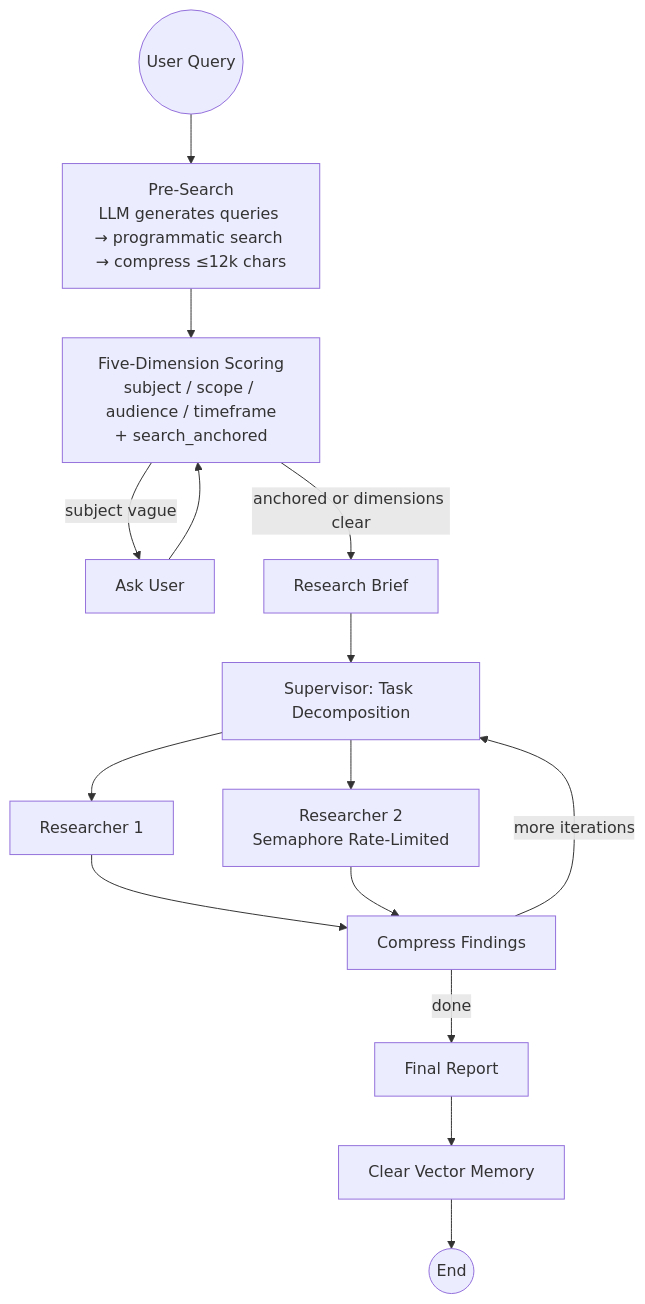
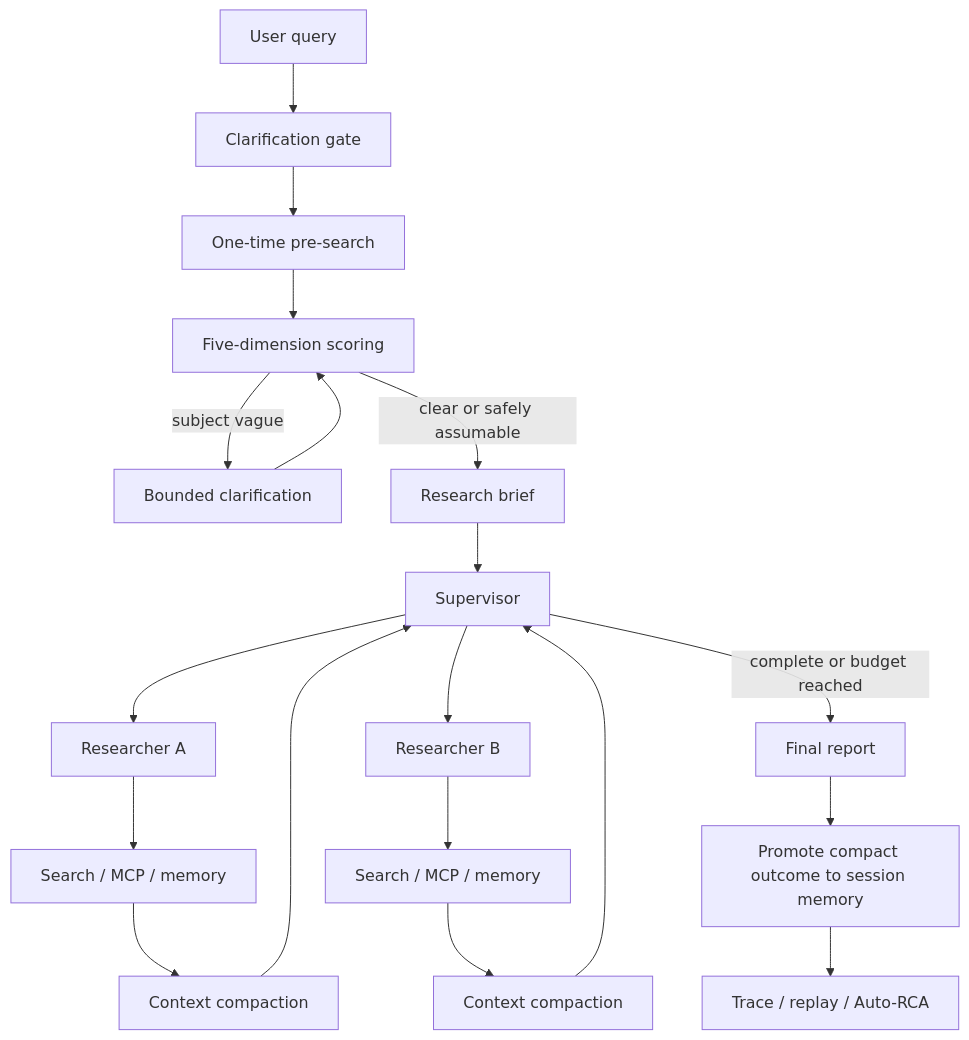
One commit to gj6khqpm6d-source/DeepClarity changed the diagram in README.md. Above: the diagram before and after it, drawn with Mermaid. The commit also changed other lines of this file and 2 other files, not shown here.

````diff
--- a/README.md
+++ b/README.md
@@ -11,14 +89,21 @@
 ```mermaid
 flowchart TD
-    START((User Query)) --> PRE[Pre-Search<br/>LLM generates queries → programmatic search → compress ≤12k chars]
-    PRE --> SCORE[Five-Dimension Scoring<br/>subject / scope / audience / timeframe<br/>+ search_anchored]
-    SCORE -->|subject vague| ASK[Ask User]
-    ASK --> SCORE
-    SCORE -->|anchored or dimensions clear| BRIEF[Research Brief]
-    BRIEF --> SUPER[Supervisor: Task Decomposition]
-    SUPER --> R1[Researcher 1] & R2[Researcher 2<br/>Semaphore Rate-Limited]
-    R1 & R2 --> COMP[Compress Findings]
-    COMP -->|more iterations| SUPER
-    COMP -->|done| REPORT[Final Report]
-    REPORT --> MEM[Clear Vector Memory] --> END((End))
+    U[User query] --> C[Clarification gate]
+    C --> P[One-time pre-search]
+    P --> S[Five-dimension scoring]
+    S -->|subject vague| Q[Bounded clarification]
+    Q --> S
+    S -->|clear or safely assumable| B[Research brief]
+    B --> SUP[Supervisor]
+    SUP --> R1[Researcher A]
+    SUP --> R2[Researcher B]
+    R1 --> T1[Search / MCP / memory]
+    R2 --> T2[Search / MCP / memory]
+    T1 --> X1[Context compaction]
+    T2 --> X2[Context compaction]
+    X1 --> SUP
+    X2 --> SUP
+    SUP -->|complete or budget reached| F[Final report]
+    F --> M[Promote compact outcome to session memory]
+    M --> E[Trace / replay / Auto-RCA]
 ```
````
